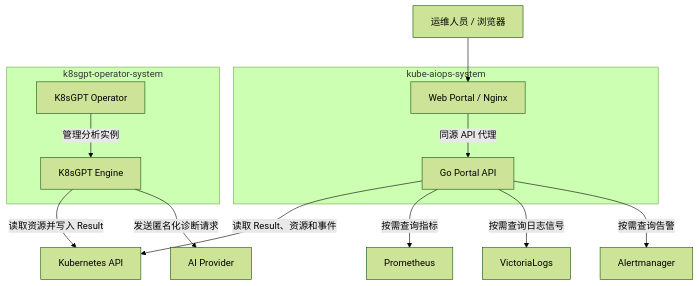
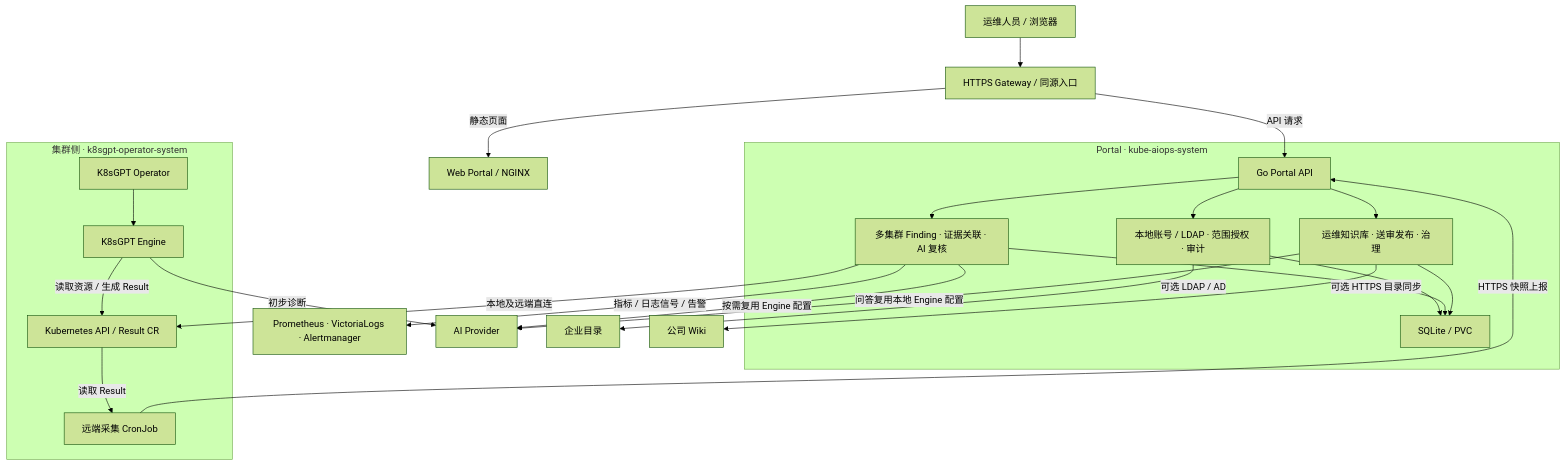
Before and after one commit to abchw517/kube-aiops: the diagram in README.md, drawn with Mermaid (forest theme). The commit also changed other lines of this file and 5 other files, not shown here.

Commit message:
docs: update architecture and deployment for current Portal features

````diff
--- a/README.md
+++ b/README.md
@@ -67,16 +21,30 @@
 ```mermaid
 flowchart TD
-    User["运维人员 / 浏览器"] --> Portal
-    subgraph Application["kube-aiops-system"]
-        Portal["Web Portal / Nginx"] -->|同源 API 代理| Backend["Go Portal API"]
+    User["运维人员 / 浏览器"] --> Gateway["HTTPS Gateway / 同源入口"]
+    Gateway -->|静态页面| Web["Web Portal / NGINX"]
+    Gateway -->|API 请求| API["Go Portal API"]
+
+    subgraph Portal["Portal · kube-aiops-system"]
+        API --> Access["本地账号 / LDAP · 范围授权 · 审计"]
+        API --> Findings["多集群 Finding · 证据关联 · AI 复核"]
+        API --> Wiki["运维知识库 · 送审发布 · 治理"]
+        Access --> DB["SQLite / PVC"]
+        Findings --> DB
+        Wiki --> DB
     end
-    subgraph Analysis["k8sgpt-operator-system"]
-        Operator["K8sGPT Operator"] -->|管理分析实例| Engine["K8sGPT Engine"]
+
+    subgraph K8sGPT["集群侧 · k8sgpt-operator-system"]
+        Operator["K8sGPT Operator"] --> Engine["K8sGPT Engine"]
+        Engine -->|"读取资源 / 生成 Result"| Kube["Kubernetes API / Result CR"]
+        Kube -->|"读取 Result"| Collector["远端采集 CronJob"]
     end
-    Engine -->|读取资源并写入 Result| Kubernetes["Kubernetes API"]
-    Engine -->|发送匿名化诊断请求| Provider["AI Provider"]
-    Backend -->|读取 Result、资源和事件| Kubernetes
-    Backend -->|按需查询指标| Prometheus["Prometheus"]
-    Backend -->|按需查询日志信号| VictoriaLogs["VictoriaLogs"]
-    Backend -->|按需查询告警| Alertmanager["Alertmanager"]
+
+    Findings -->|"本地及远端直连"| Kube
+    Collector -->|"HTTPS 快照上报"| API
+    Findings -->|"指标 / 日志信号 / 告警"| Observability["Prometheus · VictoriaLogs · Alertmanager"]
+    Engine -->|"初步诊断"| Model["AI Provider"]
+    Findings -->|"按需复用 Engine 配置"| Model
+    Access -->|"可选 LDAP / AD"| LDAP["企业目录"]
+    Wiki -->|"问答复用本地 Engine 配置"| Model
+    Wiki -->|"可选 HTTPS 目录同步"| RemoteWiki["公司 Wiki"]
 ```
````
